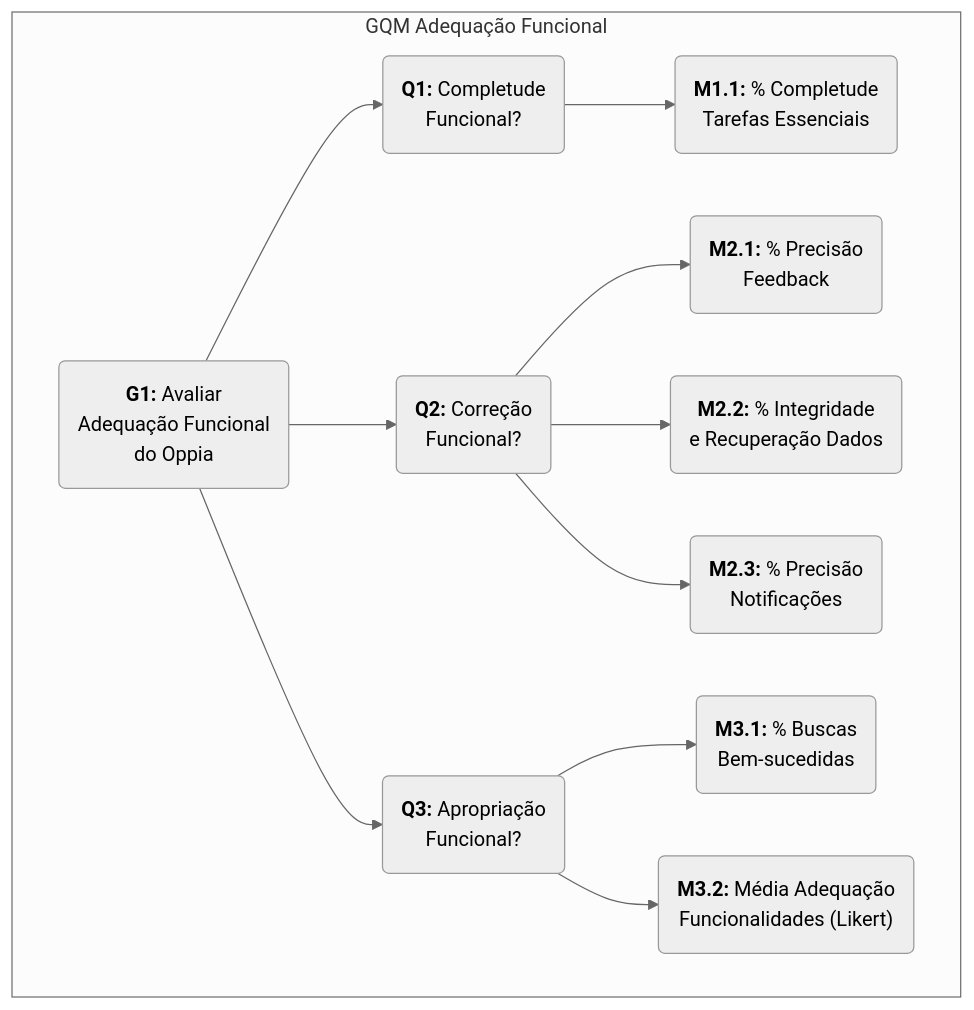
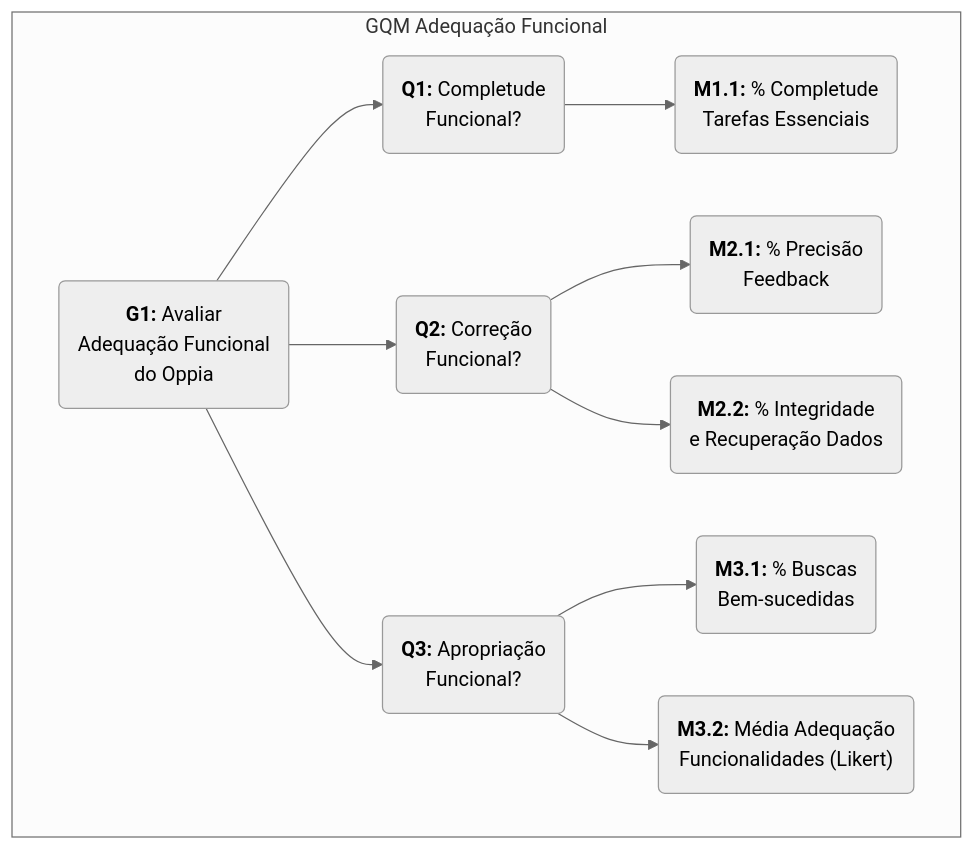
The diagram in docs/fase2/02_adequacao_funcional.md (FCTE-Qualidade-de-Software-1/2025-2_T02_Radia_Perlman), drawn with Mermaid (neutral theme) before and after one commit.

Commit message:
docs: alteração nog ráfico remvoendo a métrica 2.3

````diff
--- a/docs/fase2/02_adequacao_funcional.md
+++ b/docs/fase2/02_adequacao_funcional.md
@@ -49,17 +49,16 @@
 ```mermaid
     graph TD
       subgraph GQM Adequação Funcional
           G1("<b>G1:</b> Avaliar<br>Adequação Funcional<br>do Oppia") --> Q1("<b>Q1:</b> Completude<br>Funcional?");
           G1 --> Q2("<b>Q2:</b> Correção<br>Funcional?");
           G1 --> Q3("<b>Q3:</b> Apropriação<br>Funcional?");
 
           Q1 --> M1_1("<b>M1.1:</b> % Completude<br>Tarefas Essenciais");
 
           Q2 --> M2_1("<b>M2.1:</b> % Precisão<br>Feedback");
           Q2 --> M2_2("<b>M2.2:</b> % Integridade<br>e Recuperação Dados");
-          Q2 --> M2_3("<b>M2.3:</b> % Precisão<br>Notificações");
 
           Q3 --> M3_1("<b>M3.1:</b> % Buscas<br>Bem-sucedidas");
           Q3 --> M3_2("<b>M3.2:</b> Média Adequação<br>Funcionalidades (Likert)");
       end
 ```
````
